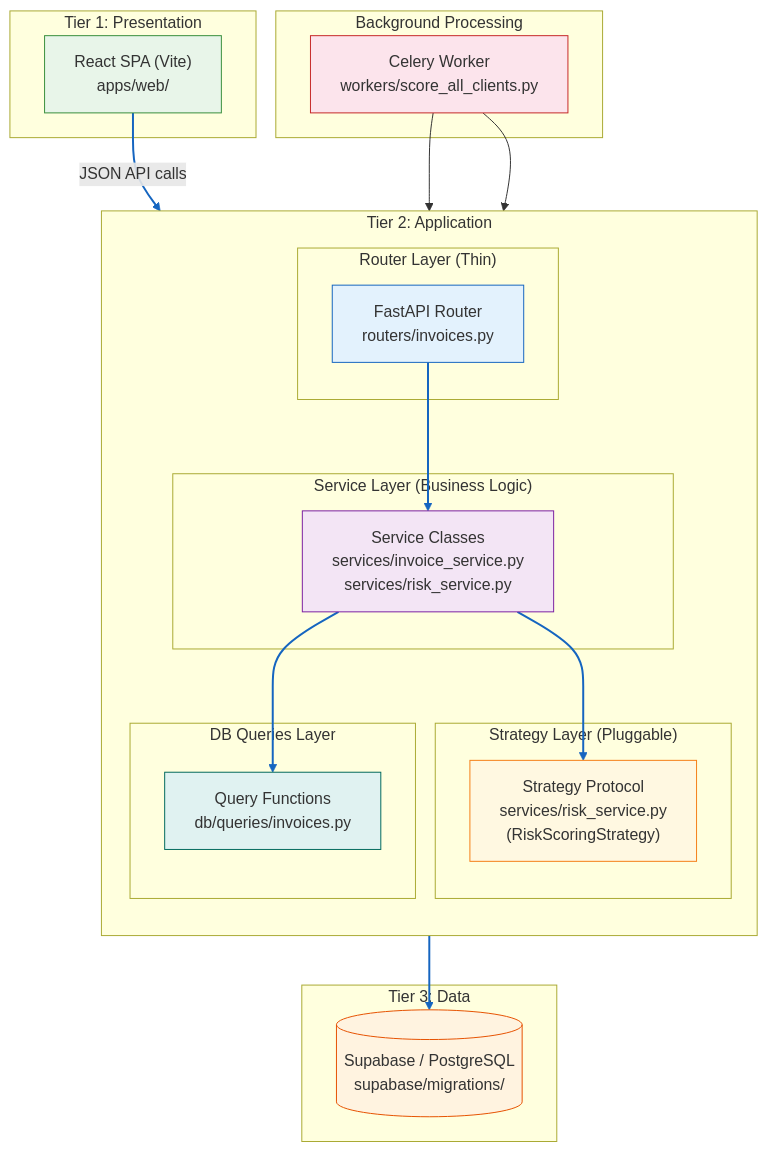
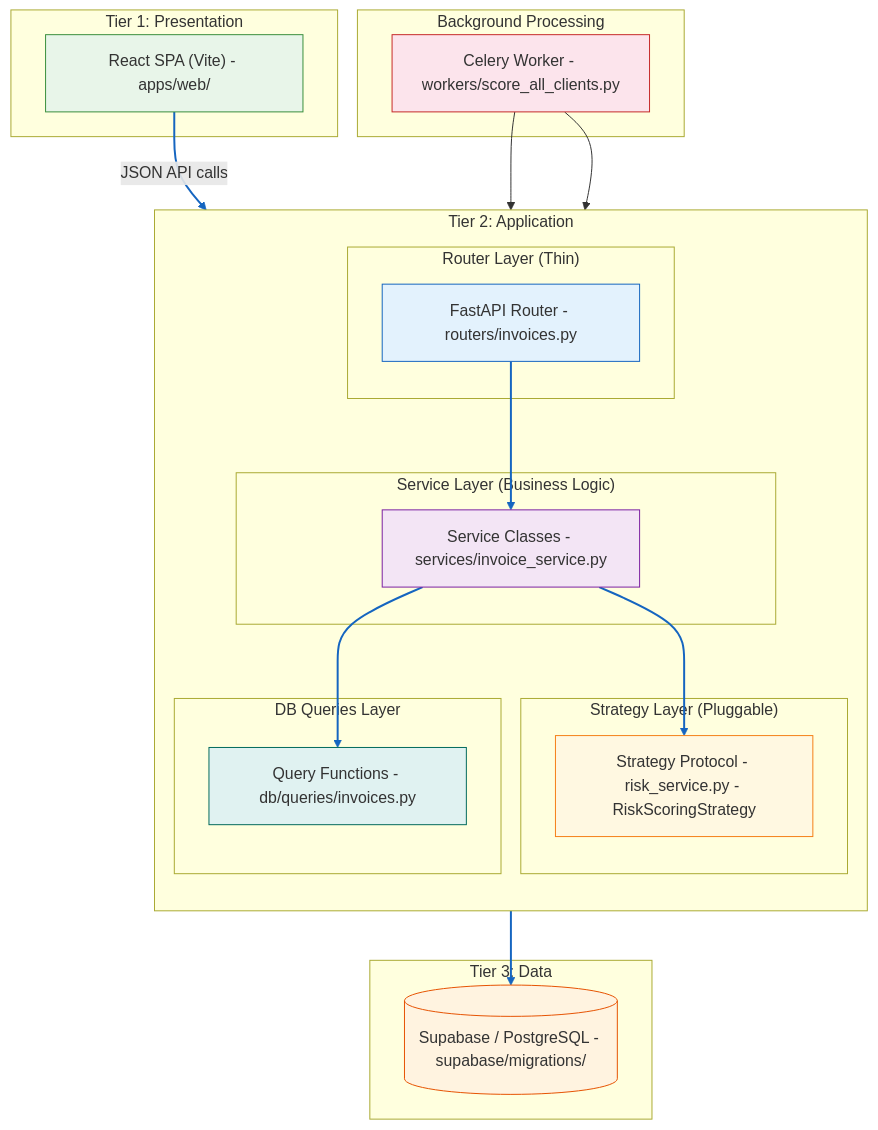
The second of 2 diagrams in architecture-comparison.md (adipppp/sira-diagram), drawn with Mermaid before and after one commit. The commit also changed other lines of this file, not shown here.

Commit message:
refactor architecture comparison diagrams for clarity and consistency

````diff
--- a/architecture-comparison.md
+++ b/architecture-comparison.md
@@ -54,52 +54,52 @@
 ```mermaid
 flowchart TD
-    subgraph "Tier 1: Presentation"
-        REACT["React SPA (Vite)<br/>apps/web/"]
+    subgraph T1["Tier 1: Presentation"]
+        REACT["React SPA (Vite) - apps/web/"]
     end
 
-    subgraph "Tier 2: Application"
+    subgraph T2["Tier 2: Application"]
         direction TB
         
-        subgraph "Router Layer (Thin)"
-            R["FastAPI Router<br/>routers/invoices.py"]
+        subgraph L1["Router Layer (Thin)"]
+            R["FastAPI Router - routers/invoices.py"]
         end
         
-        subgraph "Service Layer (Business Logic)"
-            S["Service Classes<br/>services/invoice_service.py<br/>services/risk_service.py"]
+        subgraph L2["Service Layer (Business Logic)"]
+            S["Service Classes - services/invoice_service.py"]
         end
         
-        subgraph "Strategy Layer (Pluggable)"
-            STRAT["Strategy Protocol<br/>services/risk_service.py<br/>(RiskScoringStrategy)"]
+        subgraph L3["Strategy Layer (Pluggable)"]
+            STRAT["Strategy Protocol - risk_service.py - RiskScoringStrategy"]
         end
         
-        subgraph "DB Queries Layer"
-            Q["Query Functions<br/>db/queries/invoices.py"]
+        subgraph L4["DB Queries Layer"]
+            Q["Query Functions - db/queries/invoices.py"]
         end
         
         R --> S
         S --> Q
         S --> STRAT
     end
 
-    subgraph "Tier 3: Data"
-        DB[(Supabase / PostgreSQL<br/>supabase/migrations/)]
+    subgraph T3["Tier 3: Data"]
+        DB[(Supabase / PostgreSQL - supabase/migrations/)]
     end
 
-    subgraph "Background Processing"
-        CELERY["Celery Worker<br/>workers/score_all_clients.py"]
+    subgraph BP["Background Processing"]
+        CELERY["Celery Worker - workers/score_all_clients.py"]
     end
 
     REACT -- "JSON API calls" --> R
     Q --> DB
     CELERY --> S
     CELERY --> Q
 
     style REACT fill:#E8F5E9,stroke:#388E3C
     style R fill:#E3F2FD,stroke:#1565C0
     style S fill:#F3E5F5,stroke:#7B1FA2
     style STRAT fill:#FFF8E1,stroke:#F57F17
     style Q fill:#E0F2F1,stroke:#00695C
     style DB fill:#FFF3E0,stroke:#E65100
     style CELERY fill:#FCE4EC,stroke:#c62828
     linkStyle 0,1,2,3,4 stroke:#1565C0,stroke-width:2
 ```
````
